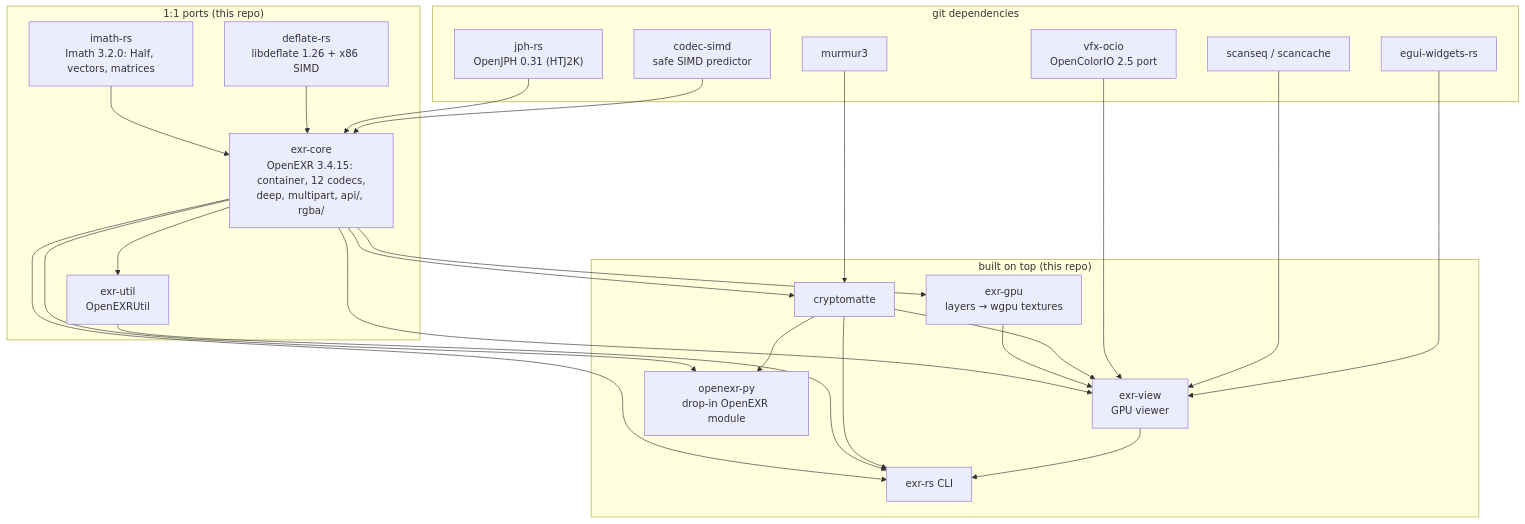
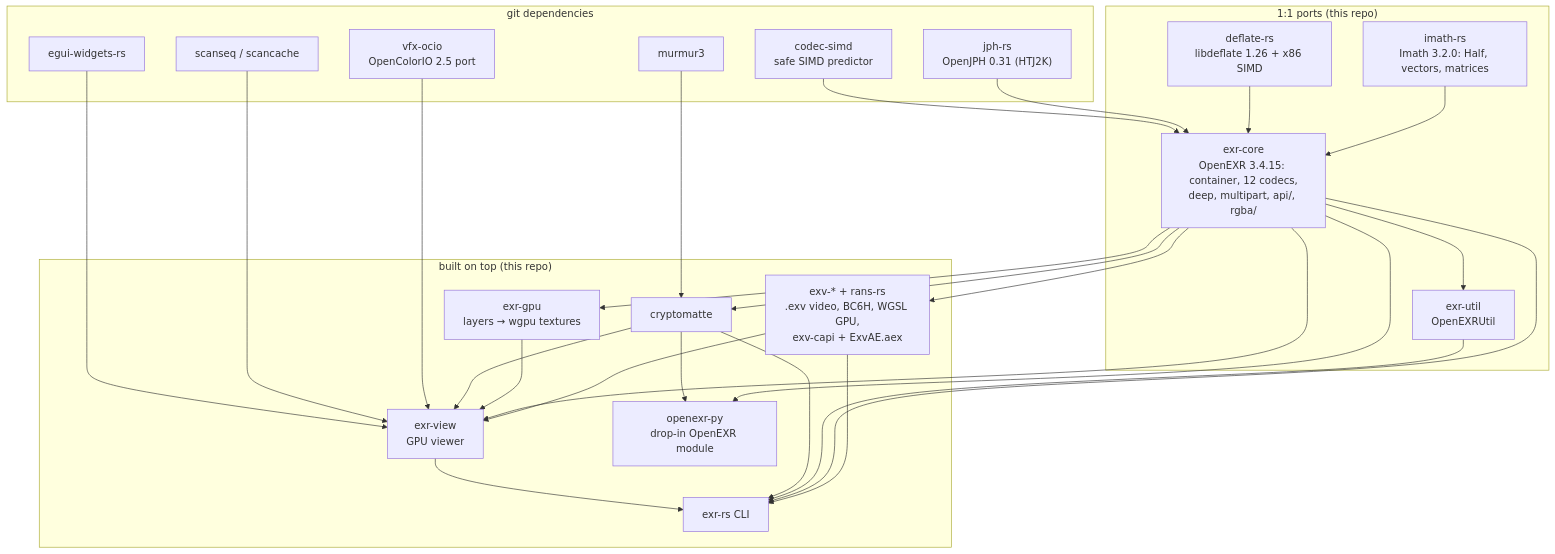
The first of 4 diagrams in README.md (ssoj13/exr-rs), drawn with Mermaid before and after one commit. The commit also changed other lines of this file and 8 other files, not shown here.

Commit message:
docs: document EXV video format, hardware BC6H codec, After Effects plug-in & CLI in README and mdBook

````diff
--- a/README.md
+++ b/README.md
@@ -107,47 +108,51 @@
 ```mermaid
 flowchart TB
     subgraph ports["1:1 ports (this repo)"]
         imath["imath-rs<br/>Imath 3.2.0: Half, vectors, matrices"]
         deflate["deflate-rs<br/>libdeflate 1.26 + x86 SIMD"]
         core["exr-core<br/>OpenEXR 3.4.15: container, 12 codecs,<br/>deep, multipart, api/, rgba/"]
         util["exr-util<br/>OpenEXRUtil"]
     end
 
     subgraph ext["git dependencies"]
         jph["jph-rs<br/>OpenJPH 0.31 (HTJ2K)"]
         simd["codec-simd<br/>safe SIMD predictor"]
         mm["murmur3"]
         ocio["vfx-ocio<br/>OpenColorIO 2.5 port"]
         seq["scanseq / scancache"]
         widgets["egui-widgets-rs"]
     end
 
     subgraph built["built on top (this repo)"]
         crypto["cryptomatte"]
         gpu["exr-gpu<br/>layers → wgpu textures"]
+        exv["exv-* + rans-rs<br/>.exv video, BC6H, WGSL GPU,<br/>exv-capi + ExvAE.aex"]
         view["exr-view<br/>GPU viewer"]
         py["openexr-py<br/>drop-in OpenEXR module"]
         cli["exr-rs CLI"]
     end
 
     imath --> core
     deflate --> core
     jph --> core
     simd --> core
     core --> crypto
     mm --> crypto
     core --> gpu
+    core --> exv
+    exv --> view
+    exv --> cli
     core --> view
     gpu --> view
     crypto --> view
     ocio --> view
     seq --> view
     widgets --> view
     core --> py
     crypto --> py
     core --> cli
     core --> util
     util --> cli
     crypto --> cli
     view --> cli
 ```
````
